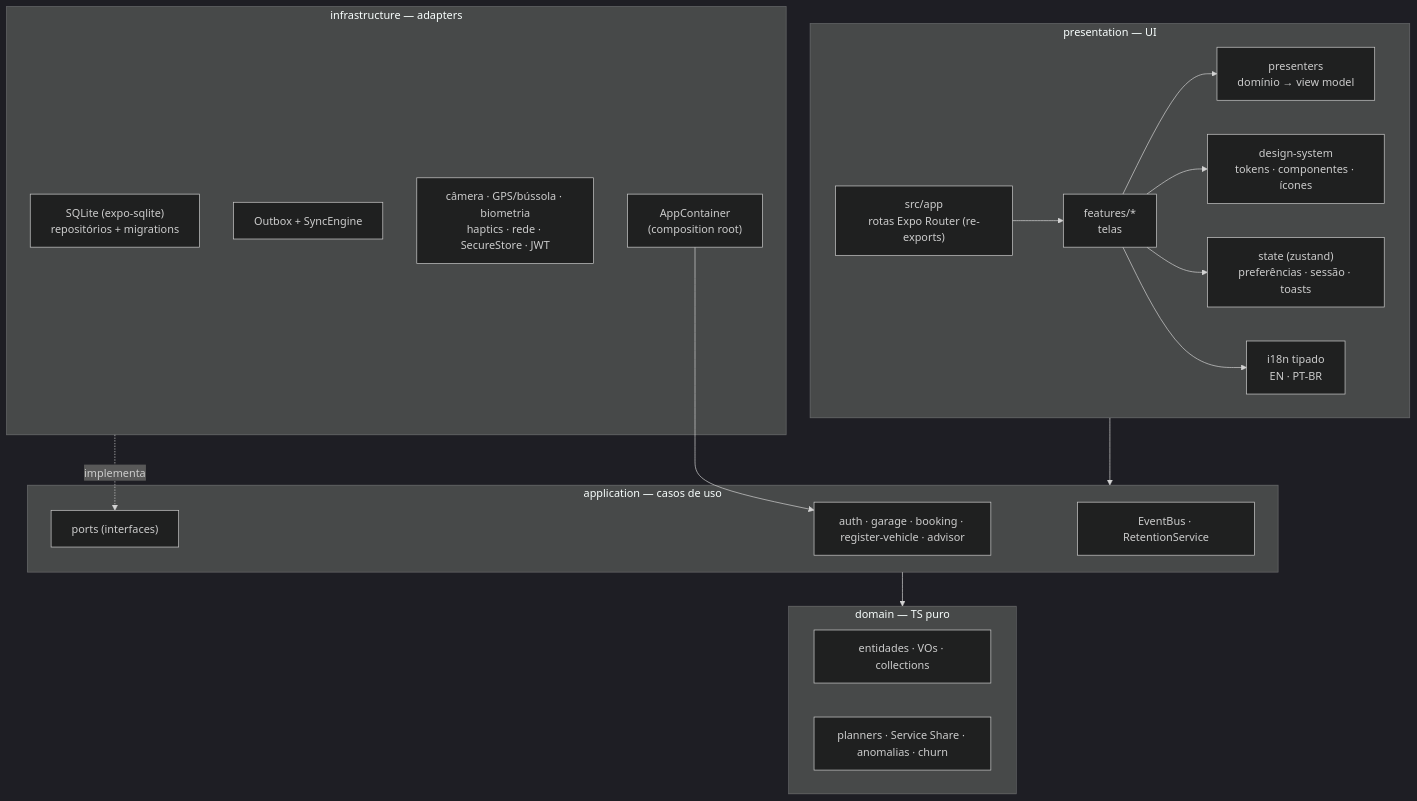
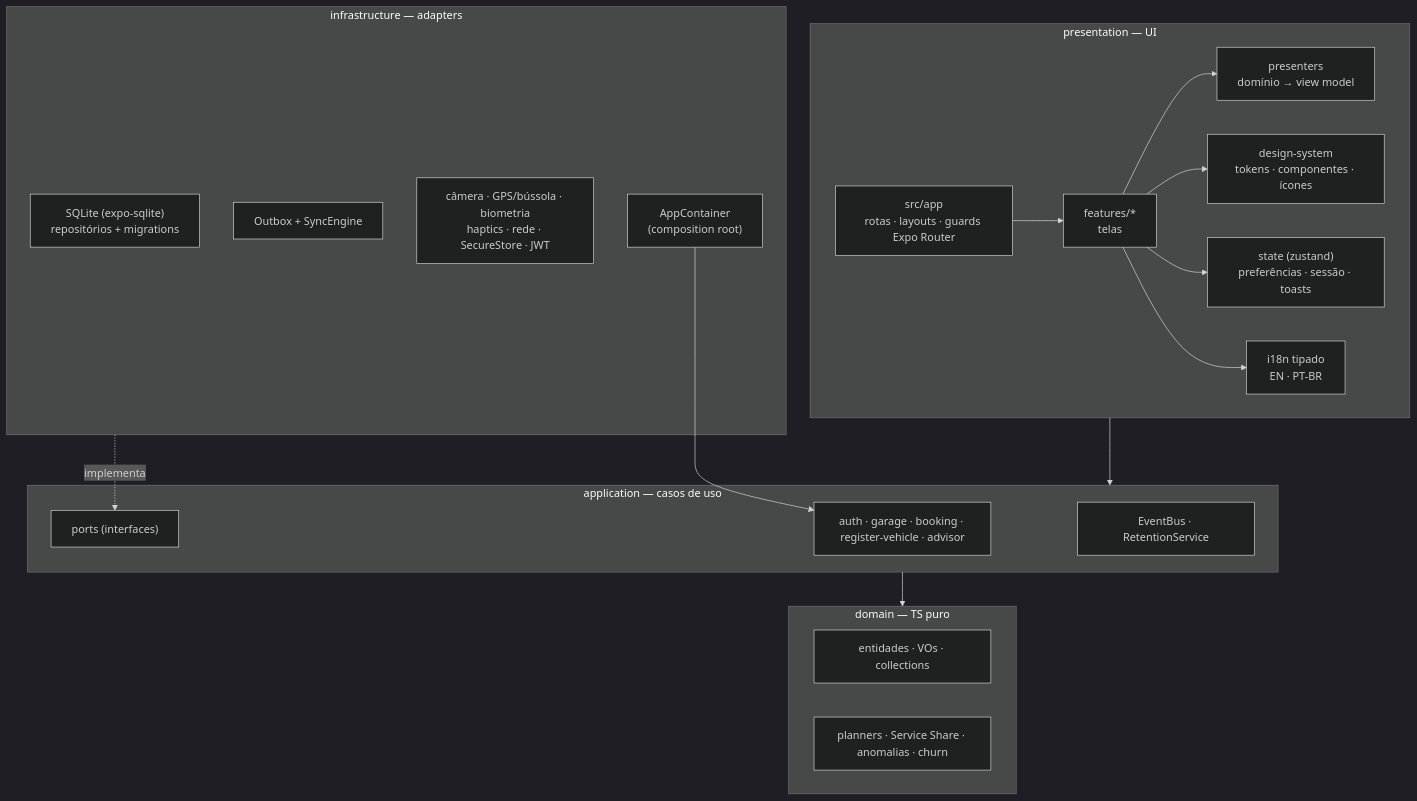
The first of 2 diagrams in README.md (gh-johnny/uni-year3-mobile-sprint3), drawn with Mermaid (dark theme) before and after one commit. The commit also changed other lines of this file and 33 other files, not shown here.

````diff
--- a/README.md
+++ b/README.md
@@ -220,30 +255,30 @@
 ```mermaid
 flowchart TB
   subgraph presentation["presentation — UI"]
     direction LR
-    app["src/app<br/>rotas Expo Router (re-exports)"] --> features["features/*<br/>telas"]
+    app["src/app<br/>rotas · layouts · guards Expo Router"] --> features["features/*<br/>telas"]
     features --> presenters["presenters<br/>domínio → view model"]
     features --> ds["design-system<br/>tokens · componentes · ícones"]
     features --> state["state (zustand)<br/>preferências · sessão · toasts"]
     features --> i18n["i18n tipado<br/>EN · PT-BR"]
   end
   subgraph application["application — casos de uso"]
     usecases["auth · garage · booking · register-vehicle · advisor"]
     ports["ports (interfaces)"]
     bus["EventBus · RetentionService"]
   end
   subgraph domain["domain — TS puro"]
     entities["entidades · VOs · collections"]
     rules["planners · Service Share · anomalias · churn"]
   end
   subgraph infrastructure["infrastructure — adapters"]
     sqlite["SQLite (expo-sqlite)<br/>repositórios + migrations"]
     outbox["Outbox + SyncEngine"]
     native["câmera · GPS/bússola · biometria<br/>haptics · rede · SecureStore · JWT"]
     container["AppContainer<br/>(composition root)"]
   end
   presentation --> application
   application --> domain
   infrastructure -. implementa .-> ports
   container --> usecases
 ```
````
